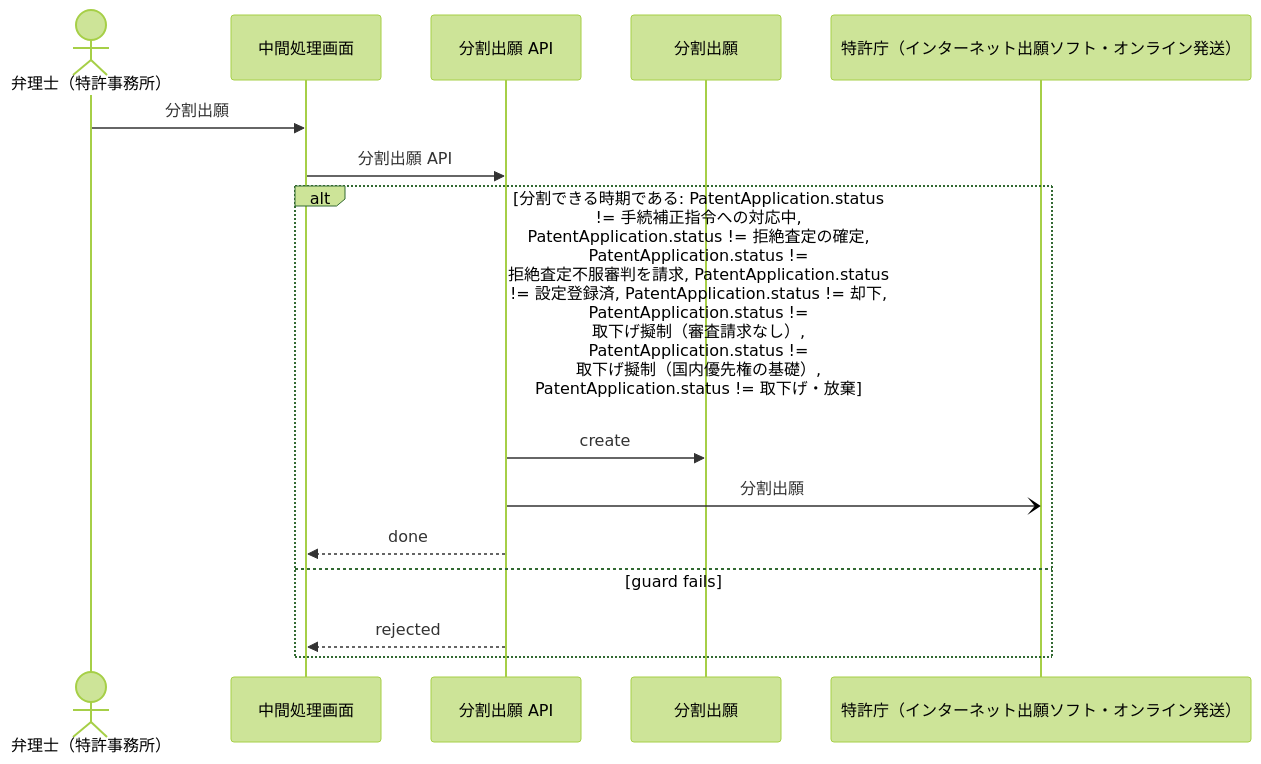
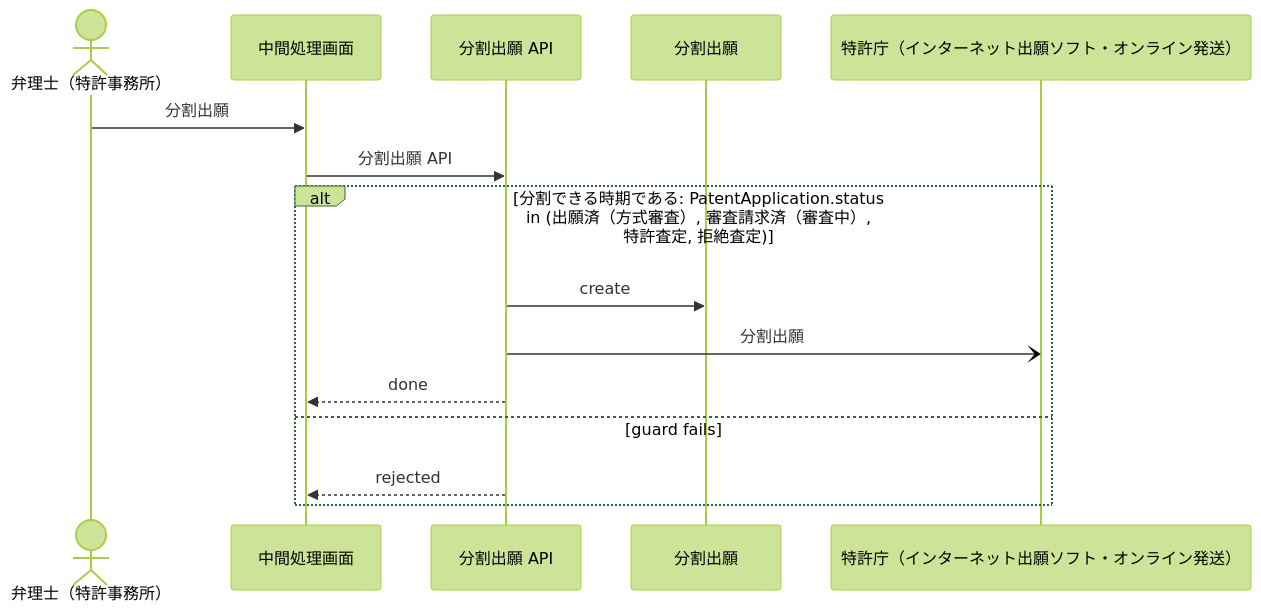
One commit to manji-0/rdra-ish-dsl changed the diagram in samples/patent-ops/out/uc/sequence_FileDivisionalApplication.mmd. Above: the diagram before and after it, drawn with Mermaid (forest theme). The commit also changed 15 other files, not shown here.

```diff
--- a/samples/patent-ops/out/uc/sequence_FileDivisionalApplication.mmd
+++ b/samples/patent-ops/out/uc/sequence_FileDivisionalApplication.mmd
@@ -1,18 +1,18 @@
 %% rdra-ish diagram=sequence scope=usecase:FileDivisionalApplication model=samples/patent-ops
 %% kinds: actor screen api entity extsystem
 %% omitted: buc step medium permission event condition
 sequenceDiagram
   actor actor__PatentAttorney as 弁理士（特許事務所）
   participant screen__OfficeActionScreen as 中間処理画面
   participant api__DivisionalApi as 分割出願 API
   participant entity__DivisionalFiling as 分割出願
   participant extsystem__Jpo as 特許庁（インターネット出願ソフト・オンライン発送）
   actor__PatentAttorney ->> screen__OfficeActionScreen: 分割出願
   screen__OfficeActionScreen ->> api__DivisionalApi: 分割出願 API
-  alt 分割できる時期である: PatentApplication.status != 手続補正指令への対応中, PatentApplication.status != 拒絶査定の確定, PatentApplication.status != 拒絶査定不服審判を請求, PatentApplication.status != 設定登録済, PatentApplication.status != 却下, PatentApplication.status != 取下げ擬制（審査請求なし）, PatentApplication.status != 取下げ擬制（国内優先権の基礎）, PatentApplication.status != 取下げ・放棄
+  alt 分割できる時期である: PatentApplication.status in (出願済（方式審査）, 審査請求済（審査中）, 特許査定, 拒絶査定)
     api__DivisionalApi ->> entity__DivisionalFiling: create
     api__DivisionalApi -) extsystem__Jpo: 分割出願
     api__DivisionalApi -->> screen__OfficeActionScreen: done
   else guard fails
     api__DivisionalApi -->> screen__OfficeActionScreen: rejected
   end
```
